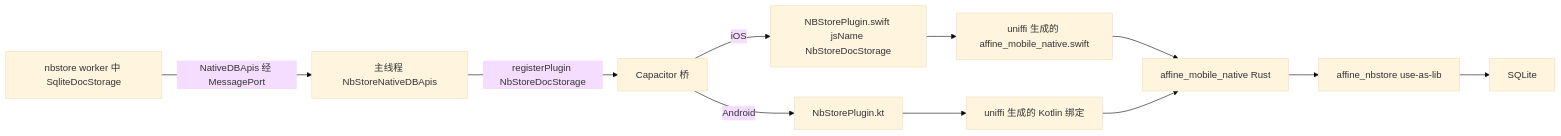
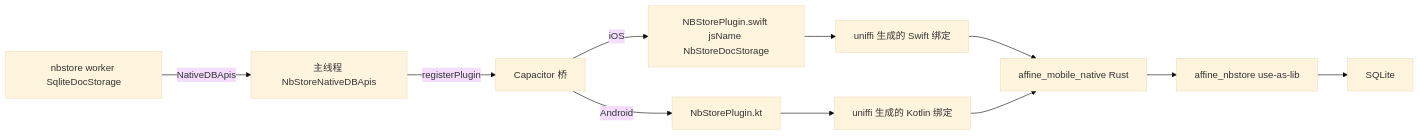
The sixth of 6 diagrams in learning-guide/slides/decks/20.md (lfire/AFFiNE), drawn with Mermaid (base theme) before and after one commit. The commit also changed other lines of this file and 46 other files, not shown here.

````diff
--- a/learning-guide/slides/decks/20.md
+++ b/learning-guide/slides/decks/20.md
@@ -451,13 +459,13 @@
 ```mermaid
 flowchart LR
-  A[nbstore worker 中 SqliteDocStorage] -->|NativeDBApis 经 MessagePort| B[主线程 NbStoreNativeDBApis]
-  B -->|registerPlugin NbStoreDocStorage| C[Capacitor 桥]
-  C -->|iOS| D[NBStorePlugin.swift jsName NbStoreDocStorage]
-  C -->|Android| E[NbStorePlugin.kt]
-  D --> F[uniffi 生成的 affine_mobile_native.swift]
-  E --> G[uniffi 生成的 Kotlin 绑定]
-  F --> H[affine_mobile_native Rust]
+  A["nbstore worker SqliteDocStorage"] -->|NativeDBApis| B["主线程 NbStoreNativeDBApis"]
+  B -->|registerPlugin| C["Capacitor 桥"]
+  C -->|iOS| D["NBStorePlugin.swift jsName NbStoreDocStorage"]
+  C -->|Android| E["NbStorePlugin.kt"]
+  D --> F["uniffi 生成的 Swift 绑定"]
+  E --> G["uniffi 生成的 Kotlin 绑定"]
+  F --> H["affine_mobile_native Rust"]
   G --> H
-  H --> I[affine_nbstore use-as-lib]
-  I --> J[SQLite]
+  H --> I["affine_nbstore use-as-lib"]
+  I --> J["SQLite"]
 ```
````
